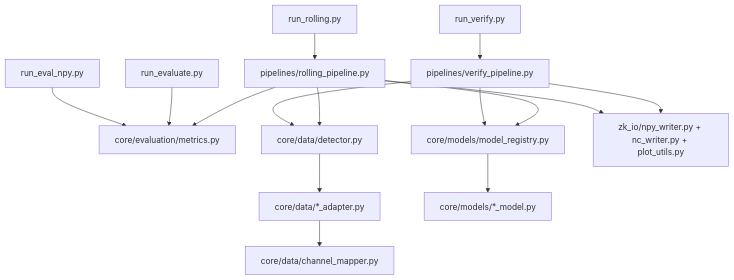
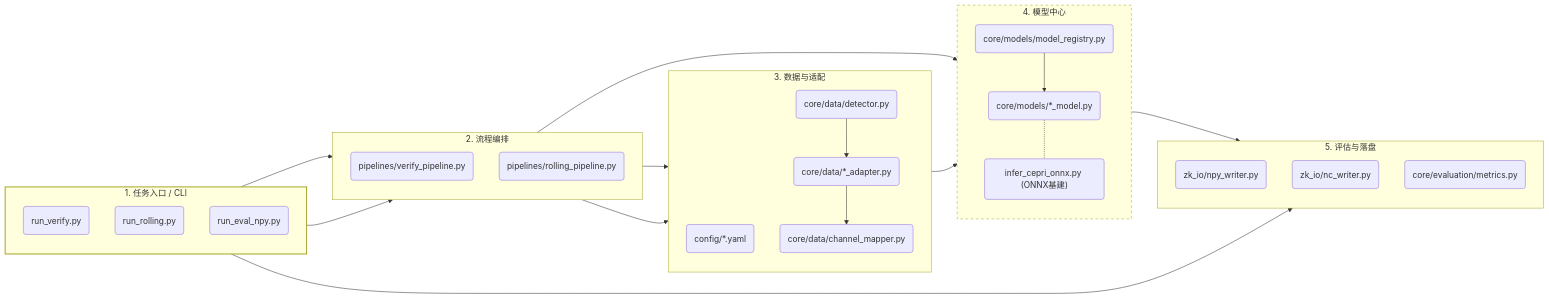
Before and after one commit to esesmalls/unified_pipeline: the first of 2 diagrams in README.md, drawn with Mermaid. The commit also changed other lines of this file and 2 other files, not shown here.

Commit message:
docs: improve architecture diagram and README-first rules

````diff
--- a/README.md
+++ b/README.md
@@ -21,20 +27,64 @@
 ```mermaid
-flowchart TD
-    cliVerify[run_verify.py] --> verifyPipe[pipelines/verify_pipeline.py]
-    cliRolling[run_rolling.py] --> rollingPipe[pipelines/rolling_pipeline.py]
-    cliEvalNpy[run_eval_npy.py] --> metricsCore[core/evaluation/metrics.py]
-    cliEvalLegacy[run_evaluate.py] --> metricsCore
+flowchart LR
+    %% 样式定义 (Mermaid 默认主题处理，避免写死 fill)
+    classDef entry stroke-width:2px
+    classDef core stroke-dasharray: 5 5
 
-    verifyPipe --> dataDetect[core/data/detector.py]
-    rollingPipe --> dataDetect
-    dataDetect --> adapters[core/data/*_adapter.py]
-    adapters --> mapper[core/data/channel_mapper.py]
+    %% 1. 入口层
+    subgraph Entries [1. 任务入口 / CLI]
+        direction TB
+        E1("run_verify.py")
+        E2("run_rolling.py")
+        E3("run_eval_npy.py")
+    end
+    class Entries entry
 
-    verifyPipe --> modelRegistry[core/models/model_registry.py]
-    rollingPipe --> modelRegistry
-    modelRegistry --> modelImpl[core/models/*_model.py]
+    %% 2. 编排层
+    subgraph Pipelines [2. 流程编排]
+        direction TB
+        P1("pipelines/verify_pipeline.py")
+        P2("pipelines/rolling_pipeline.py")
+    end
 
-    rollingPipe --> ioLayer[zk_io/npy_writer.py + nc_writer.py + plot_utils.py]
-    verifyPipe --> ioLayer
-    rollingPipe --> metricsCore
+    %% 3. 数据与配置层
+    subgraph DataConfig [3. 数据与适配]
+        direction TB
+        C1("config/*.yaml")
+        D1("core/data/detector.py")
+        D2("core/data/*_adapter.py")
+        D3("core/data/channel_mapper.py")
+    end
+
+    %% 4. 模型层
+    subgraph Models [4. 模型中心]
+        direction TB
+        M1("core/models/model_registry.py")
+        M2("core/models/*_model.py")
+        M3("infer_cepri_onnx.py (ONNX基建)")
+    end
+    class Models core
+
+    %% 5. 输出层
+    subgraph Outputs [5. 评估与落盘]
+        direction TB
+        O1("zk_io/npy_writer.py")
+        O2("zk_io/nc_writer.py")
+        O3("core/evaluation/metrics.py")
+    end
+
+    %% 主链路 (精简交叉)
+    E1 & E2 --> Pipelines
+    E3 --> O3
+
+    Pipelines --> C1
+    Pipelines --> D1
+    D1 --> D2
+    D2 --> D3
+
+    Pipelines --> M1
+    M1 --> M2
+    M2 -.- M3
+
+    D3 --> M2
+    M2 --> Outputs
 ```
````
